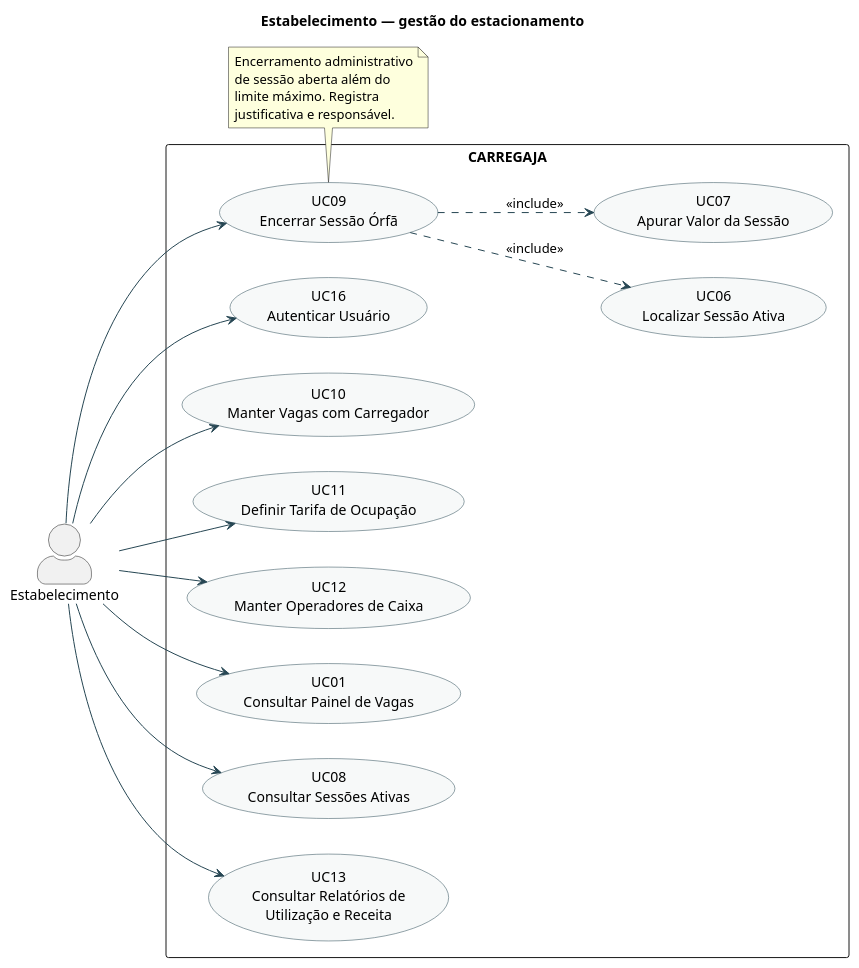
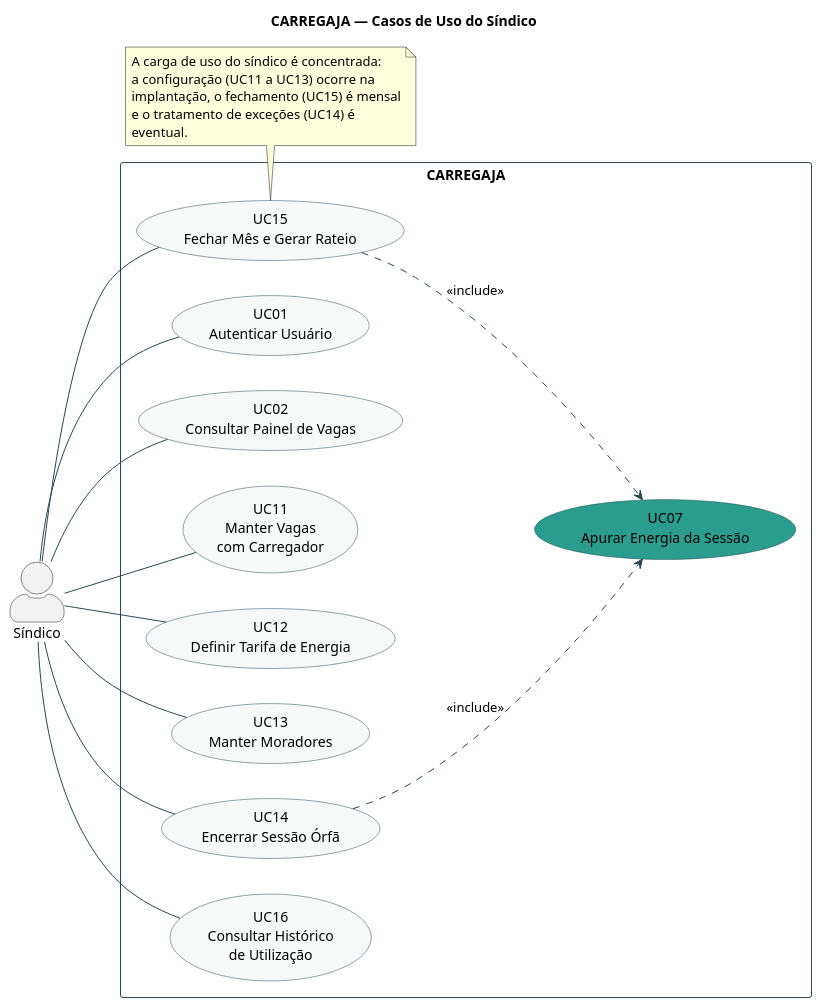
One commit to AndreMoreira00/CarregaJA changed the second of 3 diagrams in 2.Analise e Design/CARREGAJA - Modelo de Caso de Uso - por ator.puml. Above: the diagram before and after it, drawn with PlantUML. The commit also changed other lines of this file and 21 other files, not shown here.

```diff
--- a/2.Analise e Design/CARREGAJA - Modelo de Caso de Uso - por ator.puml
+++ b/2.Analise e Design/CARREGAJA - Modelo de Caso de Uso - por ator.puml
@@ -96,46 +74,52 @@
-@startuml CARREGAJA-CasoDeUso-Estabelecimento
-title Estabelecimento — gestão do estacionamento
+@startuml CARREGAJA-CasoDeUso-Sindico
+
+title CARREGAJA — Casos de Uso do Síndico
+
 left to right direction
 skinparam packageStyle rectangle
 skinparam shadowing false
 skinparam ArrowColor #264653
 skinparam actorStyle awesome
 skinparam usecase {
   BackgroundColor #F7F9F9
   BorderColor #264653
 }
+skinparam rectangle {
+  BorderColor #264653
+}
 
-actor "Estabelecimento" as EST
+actor "Síndico" as SIN
 
 rectangle "CARREGAJA" {
-  usecase "UC16\nAutenticar Usuário" as UC16
-  usecase "UC10\nManter Vagas com Carregador" as UC10
-  usecase "UC11\nDefinir Tarifa de Ocupação" as UC11
-  usecase "UC12\nManter Operadores de Caixa" as UC12
-  usecase "UC01\nConsultar Painel de Vagas" as UC01
-  usecase "UC08\nConsultar Sessões Ativas" as UC08
-  usecase "UC09\nEncerrar Sessão Órfã" as UC09
-  usecase "UC13\nConsultar Relatórios de\nUtilização e Receita" as UC13
-  usecase "UC06\nLocalizar Sessão Ativa" as UC06
-  usecase "UC07\nApurar Valor da Sessão" as UC07
+  usecase "UC01\nAutenticar Usuário" as UC01
+  usecase "UC02\nConsultar Painel de Vagas" as UC02
+  usecase "UC07\nApurar Energia da Sessão" as UC07 #2A9D8F
+  usecase "UC11\nManter Vagas\ncom Carregador" as UC11
+  usecase "UC12\nDefinir Tarifa de Energia" as UC12
+  usecase "UC13\nManter Moradores" as UC13
+  usecase "UC14\nEncerrar Sessão Órfã" as UC14
+  usecase "UC15\nFechar Mês e Gerar Rateio" as UC15
+  usecase "UC16\nConsultar Histórico\nde Utilização" as UC16
 }
 
-EST --> UC16
-EST --> UC10
-EST --> UC11
-EST --> UC12
-EST --> UC01
-EST --> UC08
-EST --> UC09
-EST --> UC13
-UC09 ..> UC06 : <<include>>
-UC09 ..> UC07 : <<include>>
+SIN -- UC01
+SIN -- UC02
+SIN -- UC11
+SIN -- UC12
+SIN -- UC13
+SIN -- UC14
+SIN -- UC15
+SIN -- UC16
 
-note bottom of UC09
-  Encerramento administrativo
-  de sessão aberta além do
-  limite máximo. Registra
-  justificativa e responsável.
+UC14 ..> UC07 : <<include>>
+UC15 ..> UC07 : <<include>>
+
+note bottom of UC15
+  A carga de uso do síndico é concentrada:
+  a configuração (UC11 a UC13) ocorre na
+  implantação, o fechamento (UC15) é mensal
+  e o tratamento de exceções (UC14) é
+  eventual.
 end note
 
 @enduml
```
